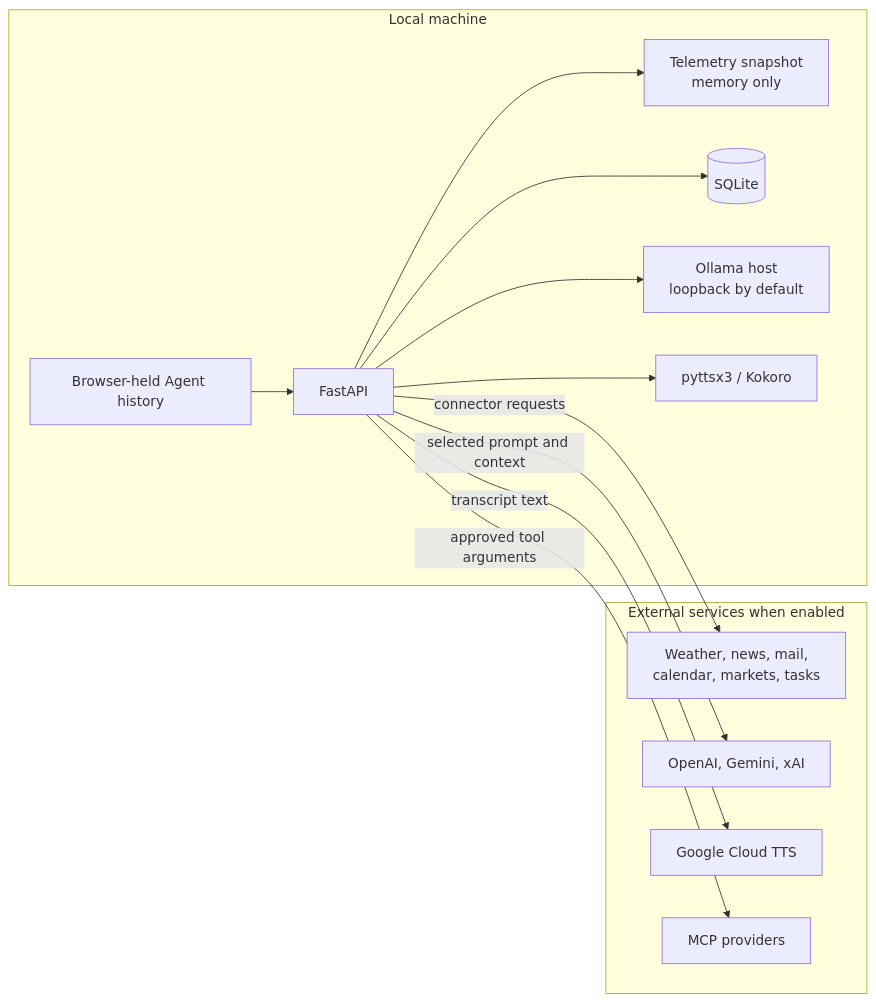
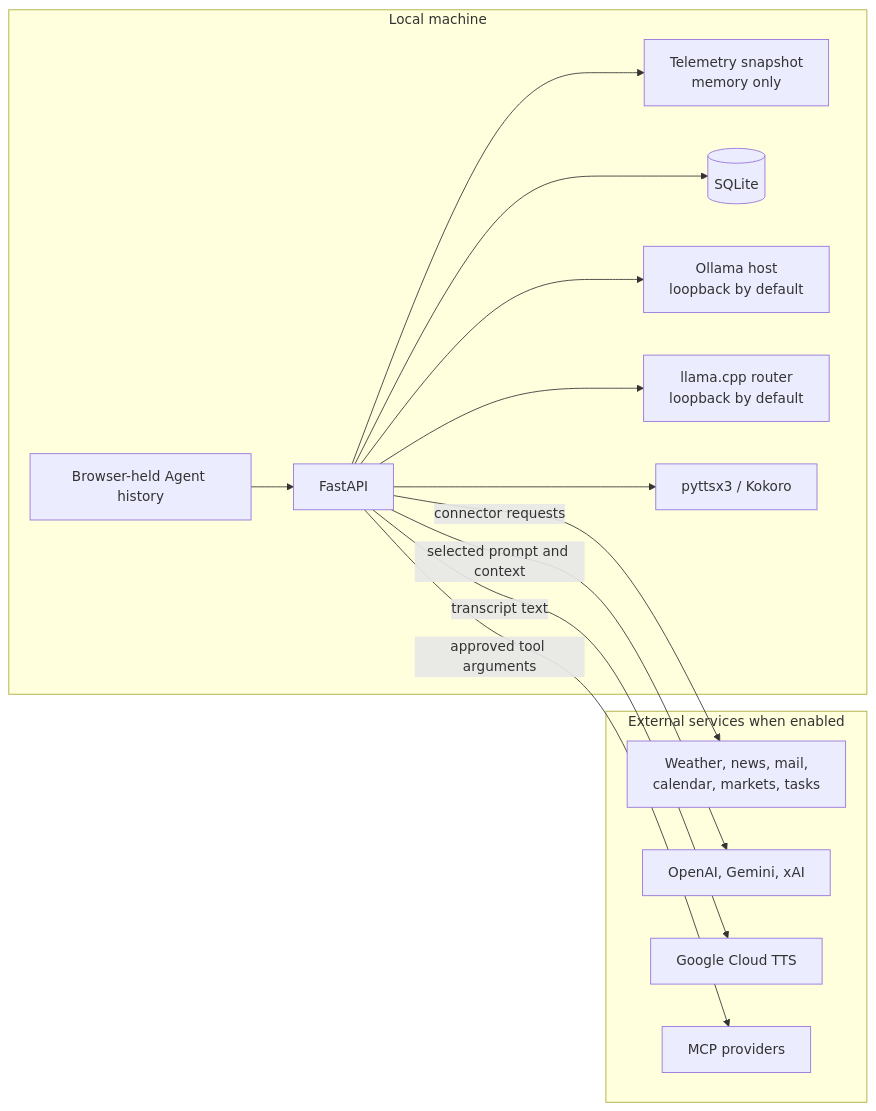
One commit to edumarcano/APEX changed the diagram in docs/privacy.md. Above: the diagram before and after it, drawn with Mermaid. The commit also changed other lines of this file and 73 other files, not shown here.

First line of the commit message:
feat: generalize llama.cpp local Agents and briefing (#319)

````diff
--- a/docs/privacy.md
+++ b/docs/privacy.md
@@ -20,30 +20,33 @@
 ```mermaid
 flowchart LR
     subgraph LOCAL["Local machine"]
         BROWSER["Browser-held Agent history"]
         API["FastAPI"]
         SNAPSHOT["Telemetry snapshot<br/>memory only"]
         DB[("SQLite")]
         OLLAMA["Ollama host
 loopback by default"]
+        LLAMA["llama.cpp router
+loopback by default"]
         LOCAL_TTS["pyttsx3 / Kokoro"]
 
         BROWSER --> API
         API --> SNAPSHOT
         API --> DB
         API --> OLLAMA
+        API --> LLAMA
         API --> LOCAL_TTS
     end
 
     subgraph EXTERNAL["External services when enabled"]
         CONNECTORS["Weather, news, mail,<br/>calendar, markets, tasks"]
         CLOUD_AGENTS["OpenAI, Gemini, xAI"]
         CLOUD_TTS["Google Cloud TTS"]
         MCP["MCP providers"]
     end
 
     API -->|"connector requests"| CONNECTORS
     API -->|"selected prompt and context"| CLOUD_AGENTS
     API -->|"transcript text"| CLOUD_TTS
     API -->|"approved tool arguments"| MCP
 ```
````
